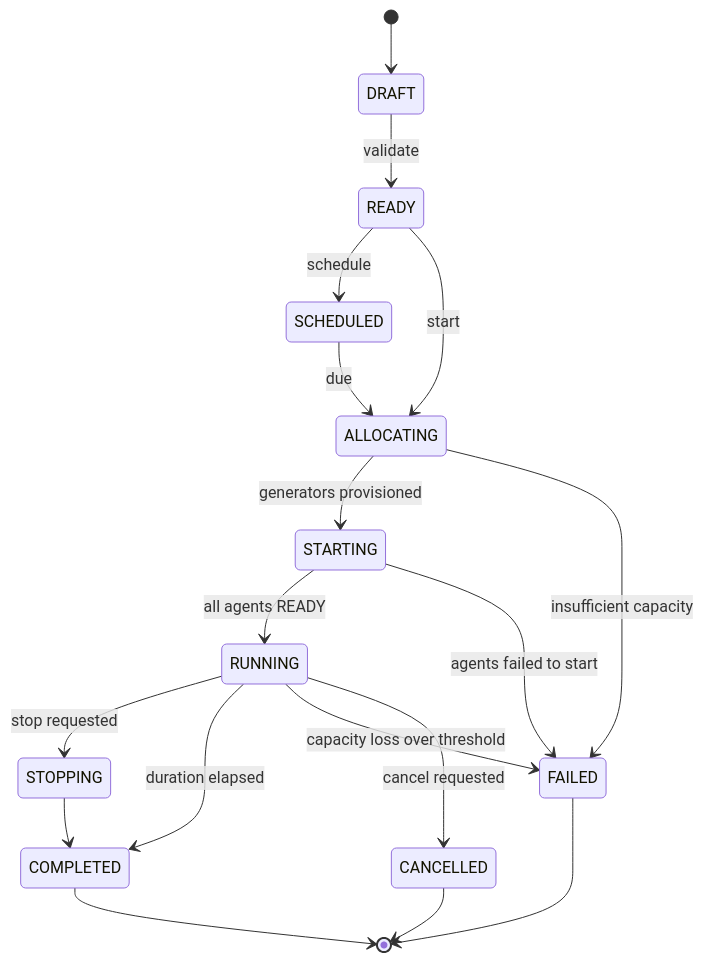
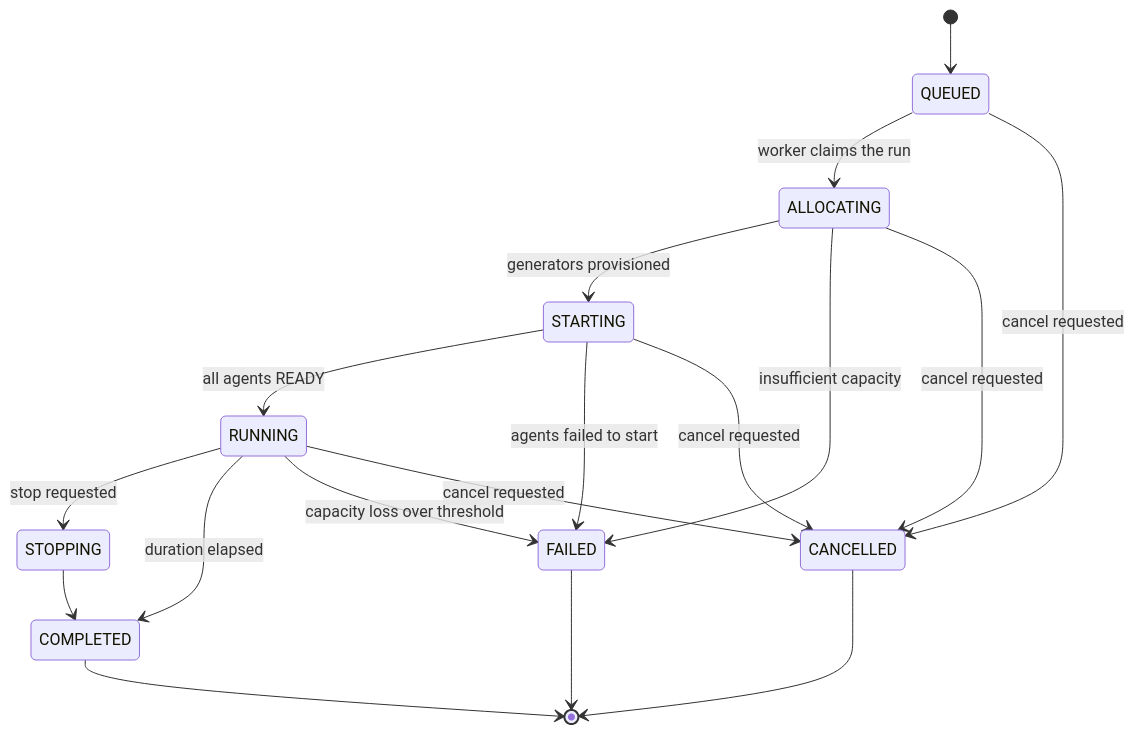
Before and after one commit to ultron13/bonerepo: the diagram in docs/architecture/02-execution-plane.md, drawn with Mermaid. The commit also changed other lines of this file and 11 other files, not shown here.

````diff
--- a/docs/architecture/02-execution-plane.md
+++ b/docs/architecture/02-execution-plane.md
@@ -176,20 +183,20 @@
 ```mermaid
 stateDiagram-v2
-    [*] --> DRAFT
-    DRAFT --> READY: validate
-    READY --> SCHEDULED: schedule
-    READY --> ALLOCATING: start
-    SCHEDULED --> ALLOCATING: due
+    [*] --> QUEUED
+    QUEUED --> ALLOCATING: worker claims the run
     ALLOCATING --> STARTING: generators provisioned
     STARTING --> RUNNING: all agents READY
     RUNNING --> STOPPING: stop requested
     STOPPING --> COMPLETED
     RUNNING --> COMPLETED: duration elapsed
     ALLOCATING --> FAILED: insufficient capacity
     STARTING --> FAILED: agents failed to start
     RUNNING --> FAILED: capacity loss over threshold
     RUNNING --> CANCELLED: cancel requested
+    QUEUED --> CANCELLED: cancel requested
+    ALLOCATING --> CANCELLED: cancel requested
+    STARTING --> CANCELLED: cancel requested
     COMPLETED --> [*]
     FAILED --> [*]
     CANCELLED --> [*]
 ```
````
